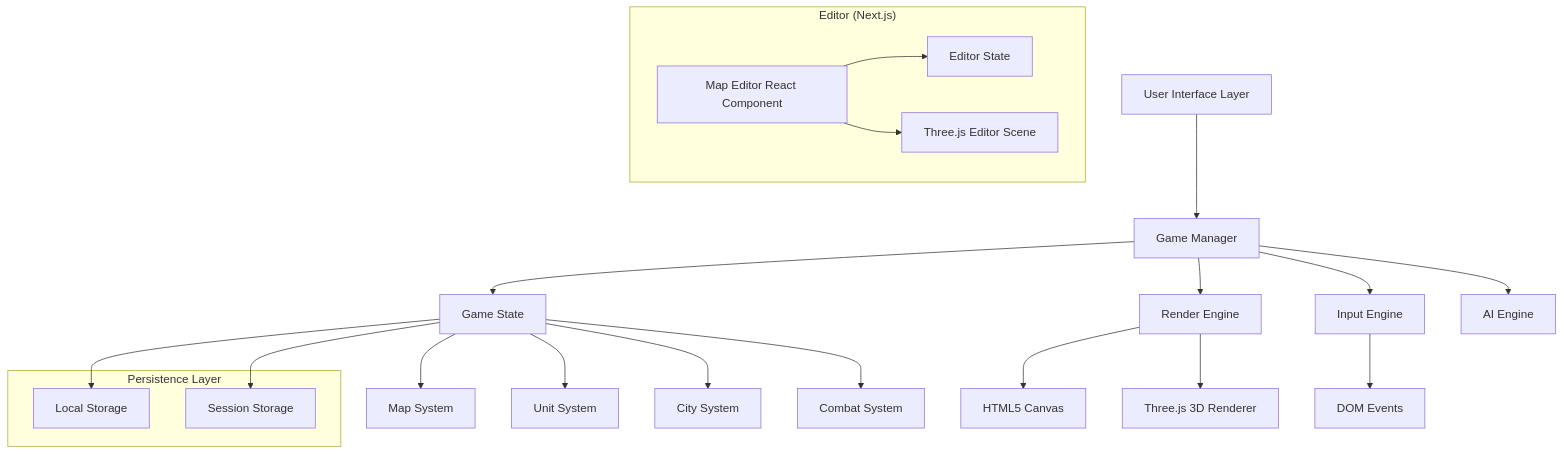
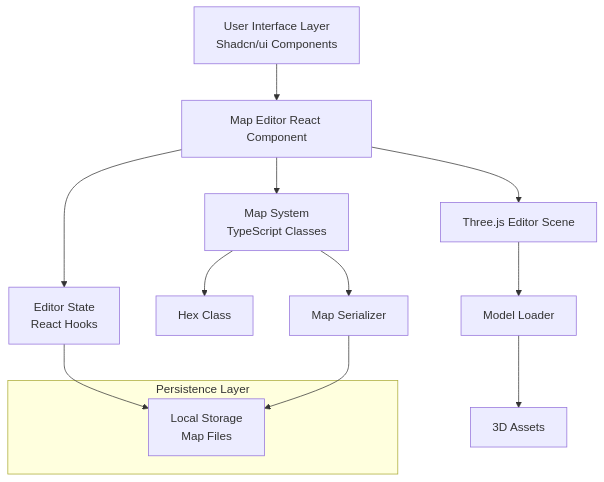
One commit to Ravva/Medieval-Hexagon-Map-Editor changed the diagram in .memory_bank/systemPatterns.md. Above: the diagram before and after it, drawn with Mermaid. The commit also changed other lines of this file and 5 other files, not shown here.

First line of the commit message:
docs: обновлена livedocs документация - выделен Medieval Hexagon Map Editor как отдельный проект

````diff
--- a/.memory_bank/systemPatterns.md
+++ b/.memory_bank/systemPatterns.md
@@ -7,31 +7,20 @@
 ```mermaid
 graph TB
-    UI[User Interface Layer] --> GM[Game Manager]
-    GM --> GS[Game State]
-    GM --> RE[Render Engine]
-    GM --> IE[Input Engine]
-    GM --> AI[AI Engine]
+    UI[User Interface Layer<br/>Shadcn/ui Components] --> Editor[Map Editor React Component]
+    Editor --> EditorState[Editor State<br/>React Hooks]
+    Editor --> ThreeEditor[Three.js Editor Scene]
+    Editor --> MapSystem[Map System<br/>TypeScript Classes]
     
-    GS --> Map[Map System]
-    GS --> Units[Unit System]
-    GS --> Cities[City System]
-    GS --> Combat[Combat System]
+    MapSystem --> Hex[Hex Class]
+    MapSystem --> MapSerializer[Map Serializer]
     
-    RE --> Canvas[HTML5 Canvas]
-    RE --> Three[Three.js 3D Renderer]
-    IE --> Events[DOM Events]
+    ThreeEditor --> ModelLoader[Model Loader]
+    ModelLoader --> Assets[3D Assets]
     
     subgraph "Persistence Layer"
-        LS[Local Storage]
-        SS[Session Storage]
+        LS[Local Storage<br/>Map Files]
     end
     
-    GS --> LS
-    GS --> SS
-    
-    subgraph "Editor (Next.js)"
-        Editor[Map Editor React Component]
-        Editor --> EditorState[Editor State]
-        Editor --> ThreeEditor[Three.js Editor Scene]
-    end
+    EditorState --> LS
+    MapSerializer --> LS
 ```
````
